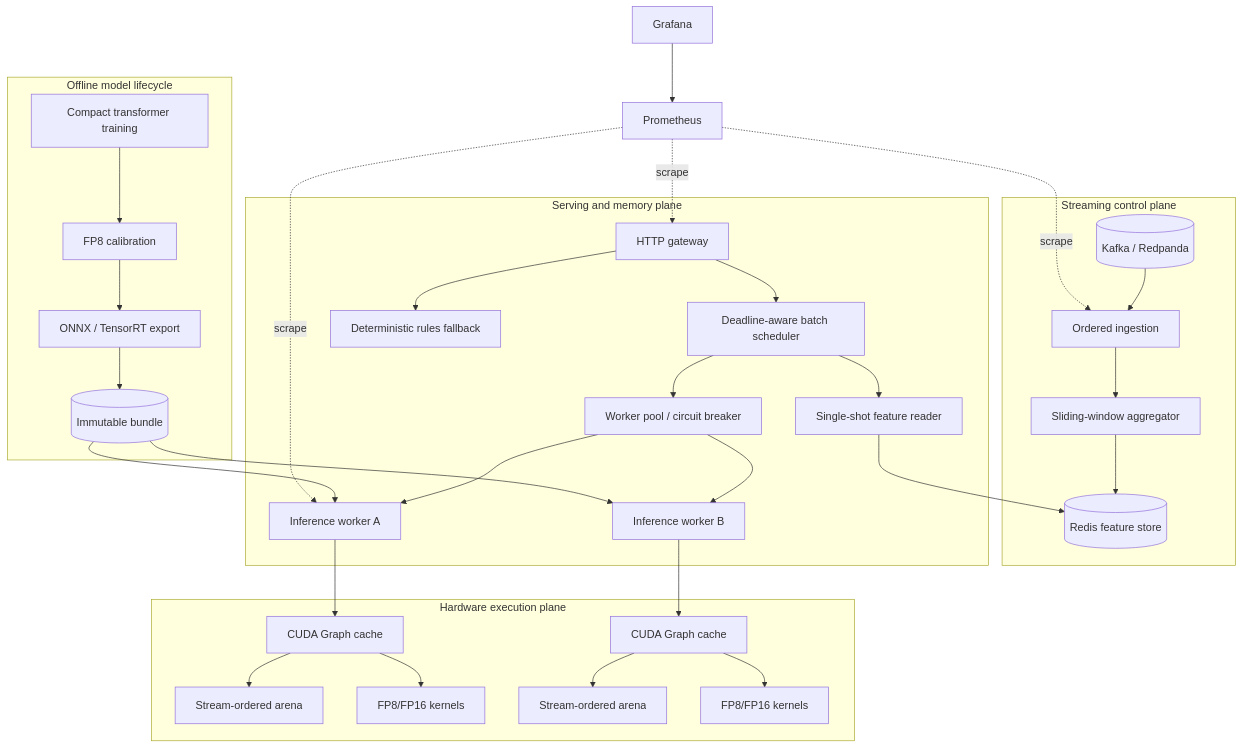
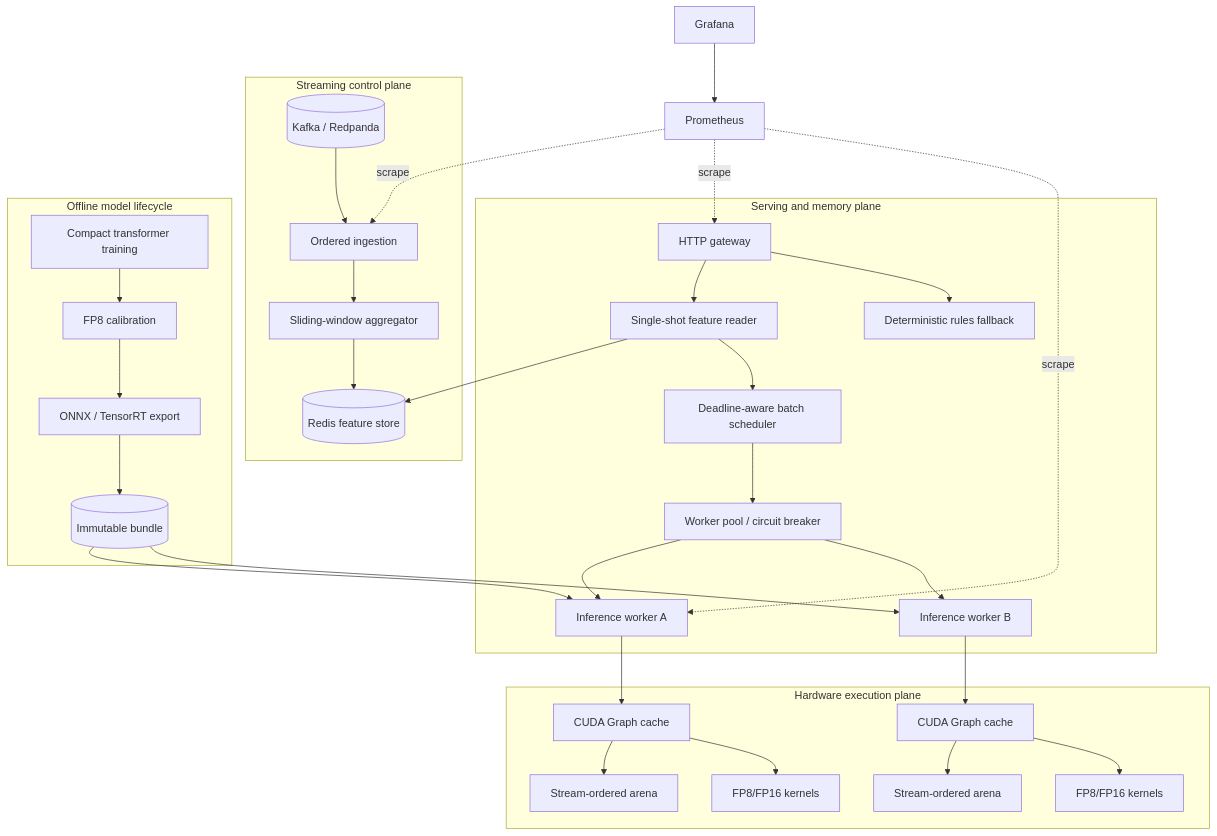
The diagram in docs/architecture/container.md (pranavkkp4/Distributed-Fraud-Detection), drawn with Mermaid before and after one commit. The commit also changed other lines of this file and 37 other files, not shown here.

````diff
--- a/docs/architecture/container.md
+++ b/docs/architecture/container.md
@@ -3,40 +7,40 @@
 ```mermaid
 flowchart TB
     subgraph control[Streaming control plane]
       kafka[(Kafka / Redpanda)] --> ingest[Ordered ingestion]
       ingest --> agg[Sliding-window aggregator]
       agg --> redis[(Redis feature store)]
     end
 
     subgraph serving[Serving and memory plane]
-      gateway[HTTP gateway] --> scheduler[Deadline-aware batch scheduler]
-      scheduler --> feature[Single-shot feature reader]
+      gateway[HTTP gateway] --> feature[Single-shot feature reader]
       feature --> redis
+      feature --> scheduler[Deadline-aware batch scheduler]
       scheduler --> pool[Worker pool / circuit breaker]
       pool --> workerA[Inference worker A]
       pool --> workerB[Inference worker B]
       gateway --> fallback[Deterministic rules fallback]
     end
 
     subgraph hardware[Hardware execution plane]
       workerA --> graphA[CUDA Graph cache]
       graphA --> arenaA[Stream-ordered arena]
       graphA --> kernelsA[FP8/FP16 kernels]
       workerB --> graphB[CUDA Graph cache]
       graphB --> arenaB[Stream-ordered arena]
       graphB --> kernelsB[FP8/FP16 kernels]
     end
 
     subgraph offline[Offline model lifecycle]
       train[Compact transformer training] --> calibrate[FP8 calibration]
       calibrate --> export[ONNX / TensorRT export]
       export --> bundle[(Immutable bundle)]
       bundle --> workerA
       bundle --> workerB
     end
 
     metrics[Prometheus] -.scrape.-> gateway
     metrics -.scrape.-> workerA
     metrics -.scrape.-> ingest
     grafana[Grafana] --> metrics
 ```
````
